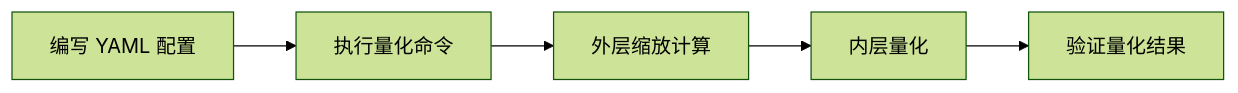
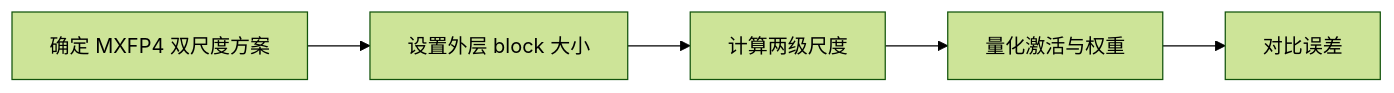
The diagram in msmodelslim/docs/zh/knowledge_base/quantization_algorithms/dual_scale/usage_dual_scale.md (mindstudio-docs/master), drawn with Mermaid (forest theme) before and after one commit. The commit also changed other lines of this file and 73 other files, not shown here.

````diff
--- a/msmodelslim/docs/zh/knowledge_base/quantization_algorithms/dual_scale/usage_dual_scale.md
+++ b/msmodelslim/docs/zh/knowledge_base/quantization_algorithms/dual_scale/usage_dual_scale.md
@@ -43,7 +24,7 @@
 ```mermaid
 flowchart LR
-    A[编写 YAML 配置] --> B[执行量化命令]
-    B --> C[外层缩放计算]
-    C --> D[内层量化]
-    D --> E[验证量化结果]
+    A[确定 MXFP4 双尺度方案] --> B[设置外层 block 大小]
+    B[设置外层 block 大小] --> C[计算两级尺度]
+    C[计算两级尺度] --> D[量化激活与权重]
+    D[量化激活与权重] --> E[对比误差]
 ```
````
